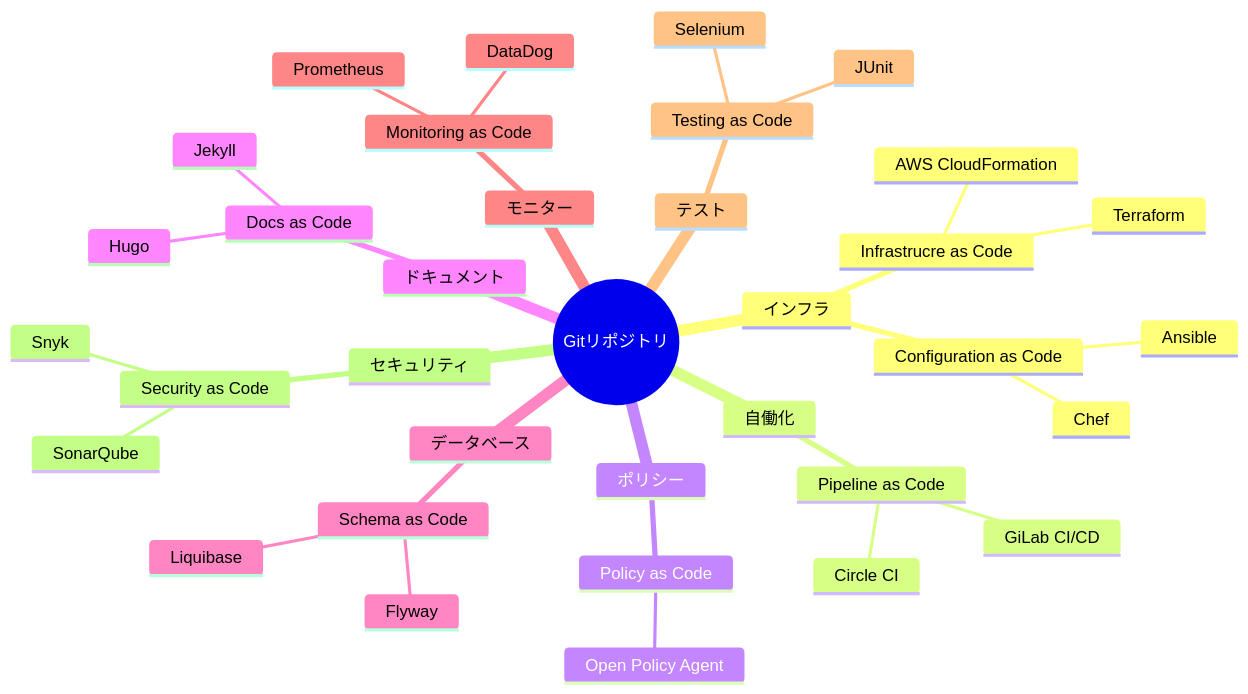
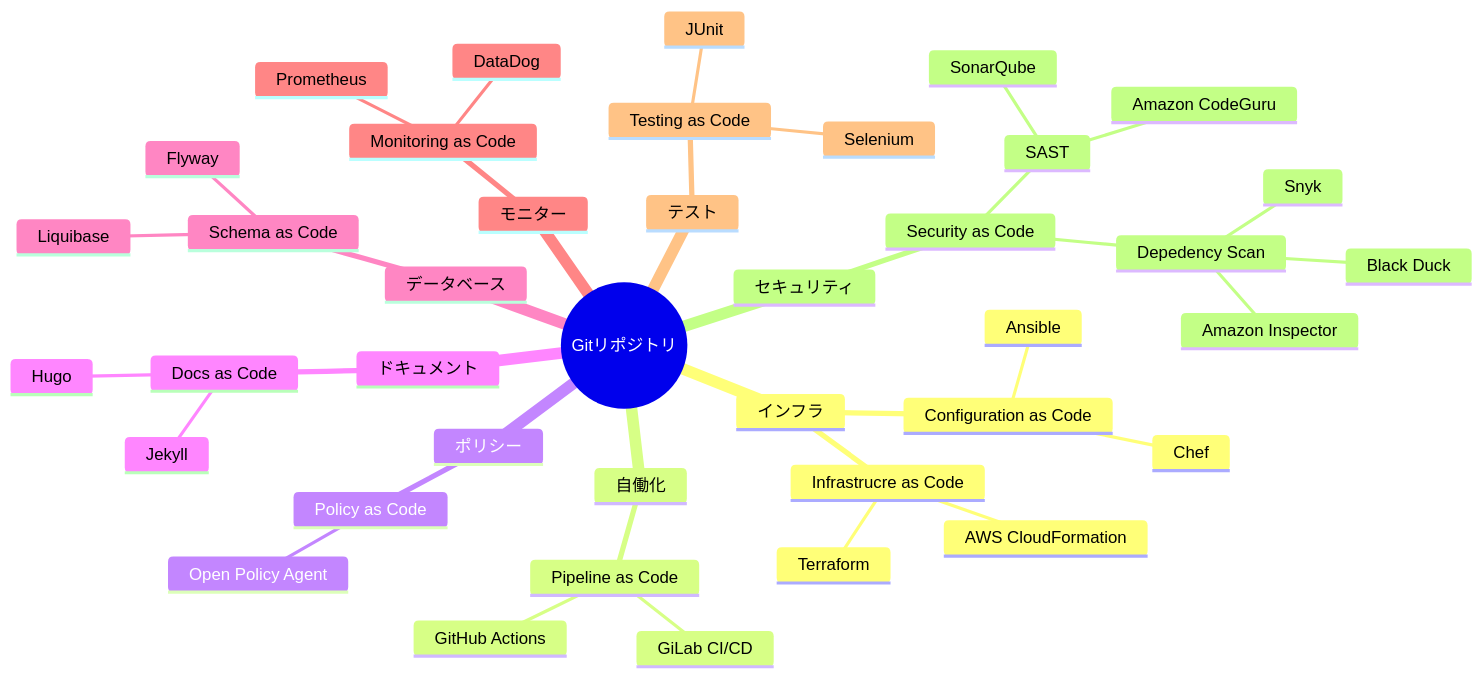
Before and after one commit to gongyong/docs: the second of 4 diagrams in pages/gitlab_philosophy/devops_level_assessment.mdx, drawn with Mermaid. The commit also changed 6 other files, not shown here.

````diff
--- a/pages/gitlab_philosophy/devops_level_assessment.mdx
+++ b/pages/gitlab_philosophy/devops_level_assessment.mdx
@@ -158,38 +158,43 @@
 ```mermaid
 mindmap
   root((Gitリポジトリ))
     インフラ
         Infrastrucre as Code
             Terraform
             AWS CloudFormation
         Configuration as Code
             Ansible
             Chef
     自働化
         Pipeline as Code
             GiLab CI/CD
-            Circle CI
+            GitHub Actions
     ポリシー
         Policy as Code
             Open Policy Agent
     ドキュメント
         Docs as Code
             Jekyll
             Hugo
     データベース
         Schema as Code
             Liquibase
             Flyway
     モニター
         Monitoring as Code
             Prometheus
             DataDog
     テスト
         Testing as Code
             JUnit
             Selenium
     セキュリティ
 　      Security as Code
-            SonarQube
-            Snyk
+            SAST
+                SonarQube
+                Amazon CodeGuru
+            Depedency Scan
+                Snyk
+                Black Duck
+                Amazon Inspector
 ```
````
